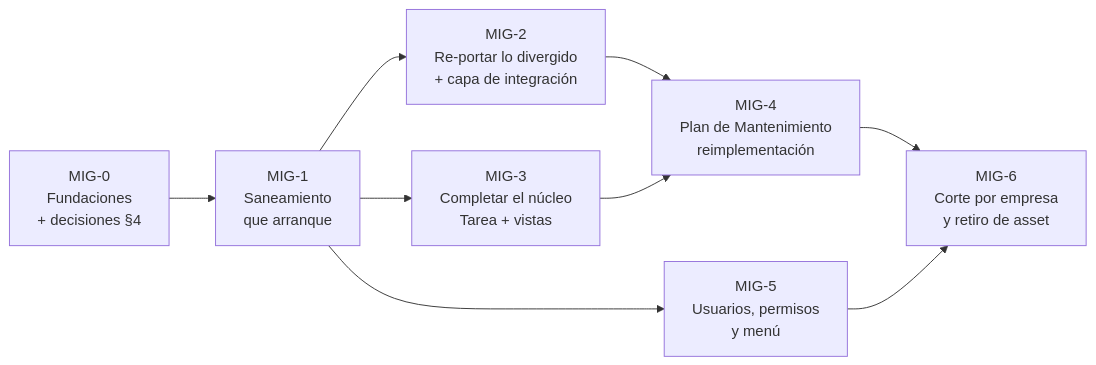
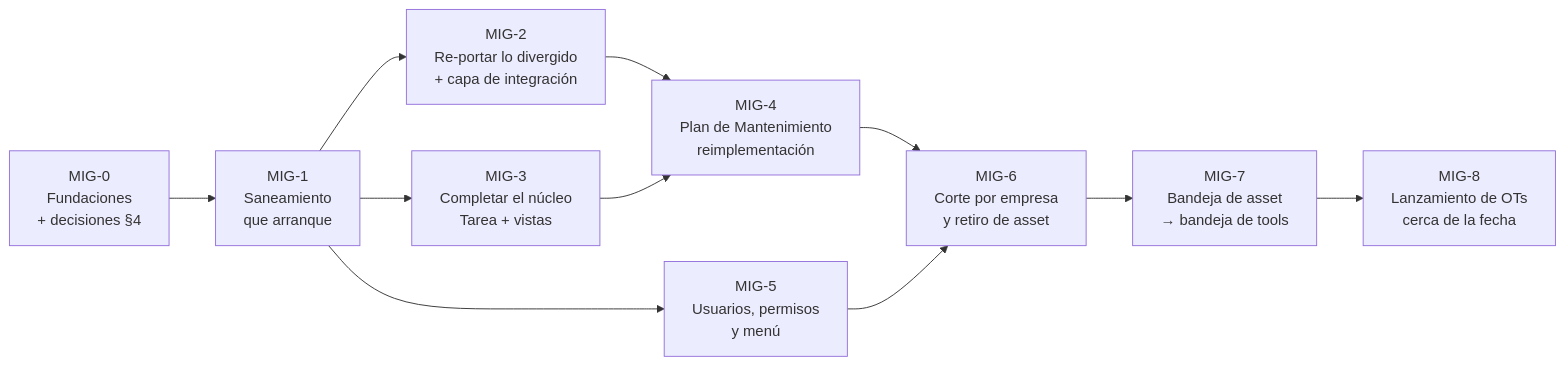
The diagram in doc/migracion/MIGRACION-ASSETPLANNER.md (Trazalog/traz-tools), drawn with Mermaid before and after one commit. The commit also changed other lines of this file and 1 other file, not shown here.

First line of the commit message:
docs(migracion): DataServices, doble bugfix, bandeja y lanzamiento diferido de OTs en la hoja de ruta [MIG-ASSET-0]

````diff
--- a/doc/migracion/MIGRACION-ASSETPLANNER.md
+++ b/doc/migracion/MIGRACION-ASSETPLANNER.md
@@ -198,11 +218,13 @@
 ```mermaid
 flowchart LR
     M0["MIG-0<br/>Fundaciones<br/>+ decisiones §4"] --> M1["MIG-1<br/>Saneamiento<br/>que arranque"]
     M1 --> M2["MIG-2<br/>Re-portar lo divergido<br/>+ capa de integración"]
     M1 --> M3["MIG-3<br/>Completar el núcleo<br/>Tarea + vistas"]
     M2 --> M4["MIG-4<br/>Plan de Mantenimiento<br/>reimplementación"]
     M3 --> M4
     M1 --> M5["MIG-5<br/>Usuarios, permisos<br/>y menú"]
     M4 --> M6["MIG-6<br/>Corte por empresa<br/>y retiro de asset"]
     M5 --> M6
+    M6 --> M7["MIG-7<br/>Bandeja de asset<br/>→ bandeja de tools"]
+    M7 --> M8["MIG-8<br/>Lanzamiento de OTs<br/>cerca de la fecha"]
 ```
````
